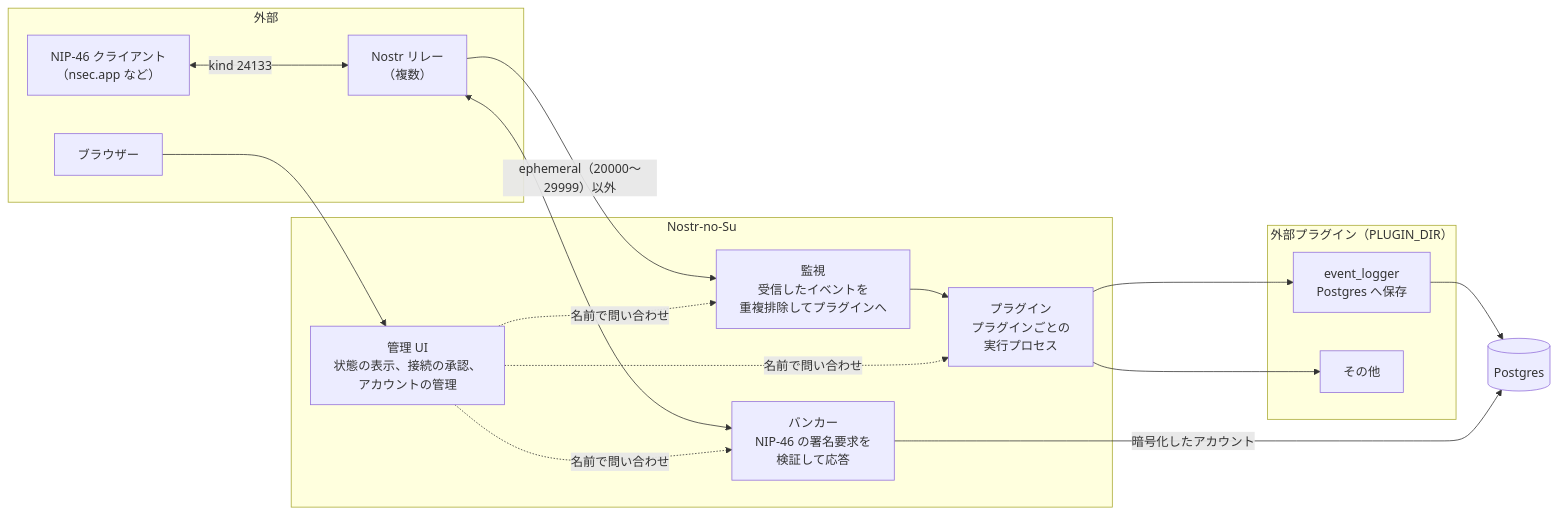
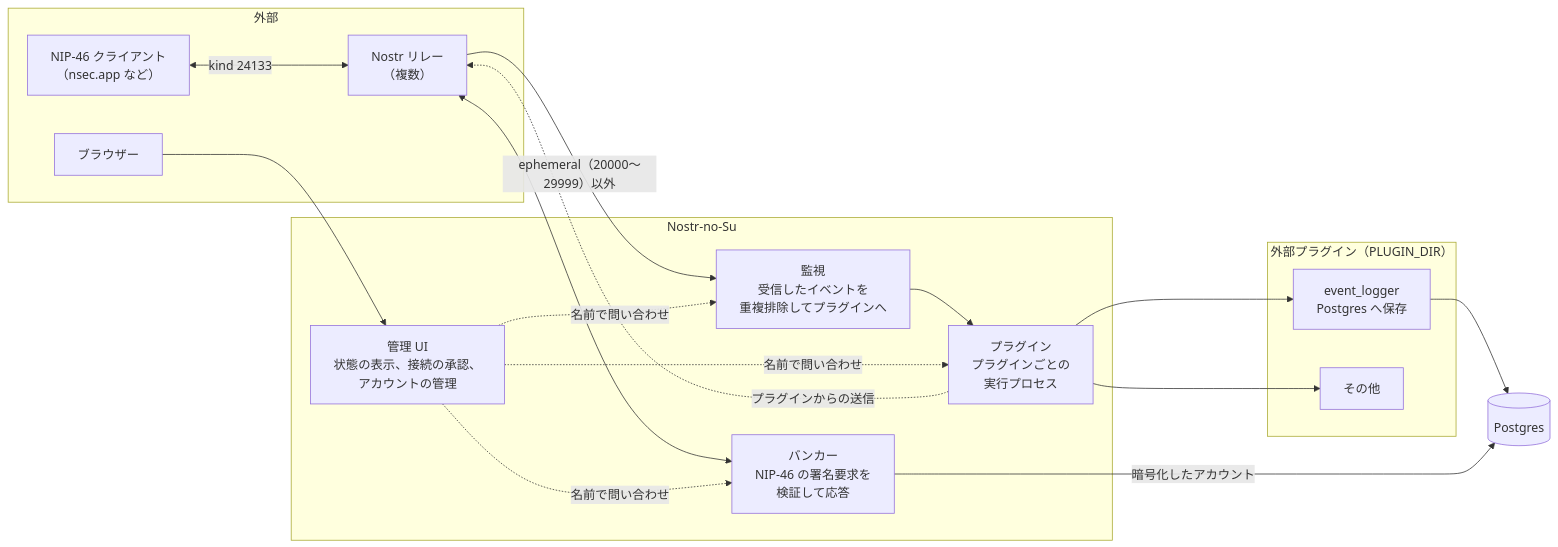
The first of 9 diagrams in docs/architecture.md (neverclear86/nostr-no-su), drawn with Mermaid before and after one commit. The commit also changed other lines of this file and 11 other files, not shown here.

````diff
--- a/docs/architecture.md
+++ b/docs/architecture.md
@@ -15,33 +15,34 @@
 ```mermaid
 flowchart LR
     subgraph external["外部"]
         relays["Nostr リレー<br/>（複数）"]
         client["NIP-46 クライアント<br/>（nsec.app など）"]
         browser["ブラウザー"]
     end
 
     subgraph host["Nostr-no-Su"]
         monitor["監視<br/>受信したイベントを<br/>重複排除してプラグインへ"]
         bunker["バンカー<br/>NIP-46 の署名要求を<br/>検証して応答"]
         plugins["プラグイン<br/>プラグインごとの<br/>実行プロセス"]
         admin["管理 UI<br/>状態の表示、接続の承認、<br/>アカウントの管理"]
     end
 
     subgraph ext_plugins["外部プラグイン（PLUGIN_DIR）"]
         event_logger["event_logger<br/>Postgres へ保存"]
         others["その他"]
     end
 
     relays -->|"ephemeral（20000〜29999）以外"| monitor
     monitor --> plugins
     plugins --> event_logger
     plugins --> others
+    plugins -.->|"プラグインからの送信"| relays
     client <-->|"kind 24133"| relays
     relays <--> bunker
     browser --> admin
     admin -.->|"名前で問い合わせ"| monitor
     admin -.->|"名前で問い合わせ"| bunker
     admin -.->|"名前で問い合わせ"| plugins
     event_logger --> postgres[("Postgres")]
     bunker -->|"暗号化したアカウント"| postgres
 ```
````
